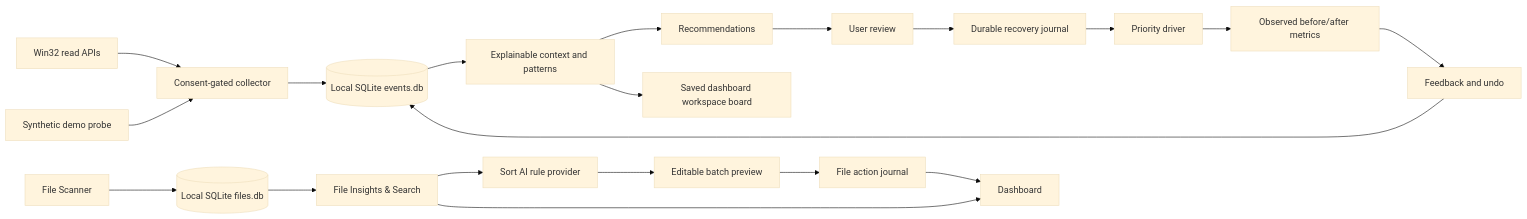
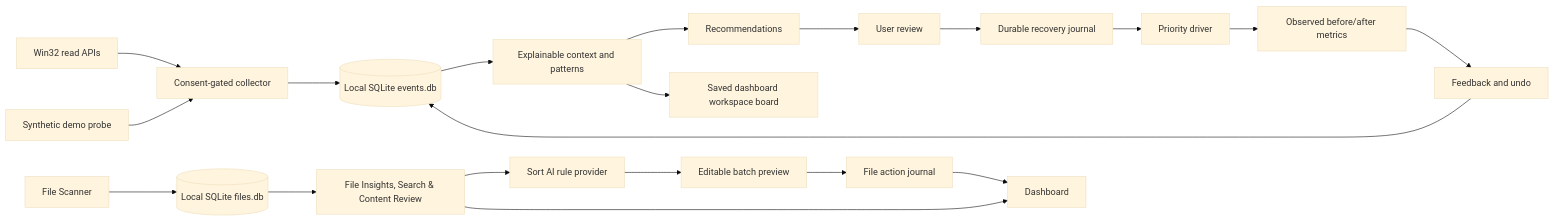
The diagram in docs/ARCHITECTURE.md (Team-SankatMochan/KSHETRAJNA-OS), drawn with Mermaid (base theme) before and after one commit. The commit also changed other lines of this file and 49 other files, not shown here.

```diff
--- a/docs/ARCHITECTURE.md
+++ b/docs/ARCHITECTURE.md
@@ -5,23 +5,23 @@
 ~~~mermaid
 flowchart LR
   W[Win32 read APIs] --> C[Consent-gated collector]
   D[Synthetic demo probe] --> C
   C --> S[(Local SQLite events.db)]
   S --> I[Explainable context and patterns]
   I --> R[Recommendations]
   R --> U[User review]
   U --> J[Durable recovery journal]
   J --> A[Priority driver]
   A --> E[Observed before/after metrics]
   E --> F[Feedback and undo]
   F --> S
   I --> B[Saved dashboard workspace board]
   
    FS[File Scanner] --> DB2[(Local SQLite files.db)]
-   DB2 --> FI[File Insights & Search]
+   DB2 --> FI[File Insights, Search & Content Review]
    FI --> SA[Sort AI rule provider]
    SA --> FP[Editable batch preview]
    FP --> FJ[File action journal]
    FJ --> DB
    FI --> DB[Dashboard]
 ~~~
```
